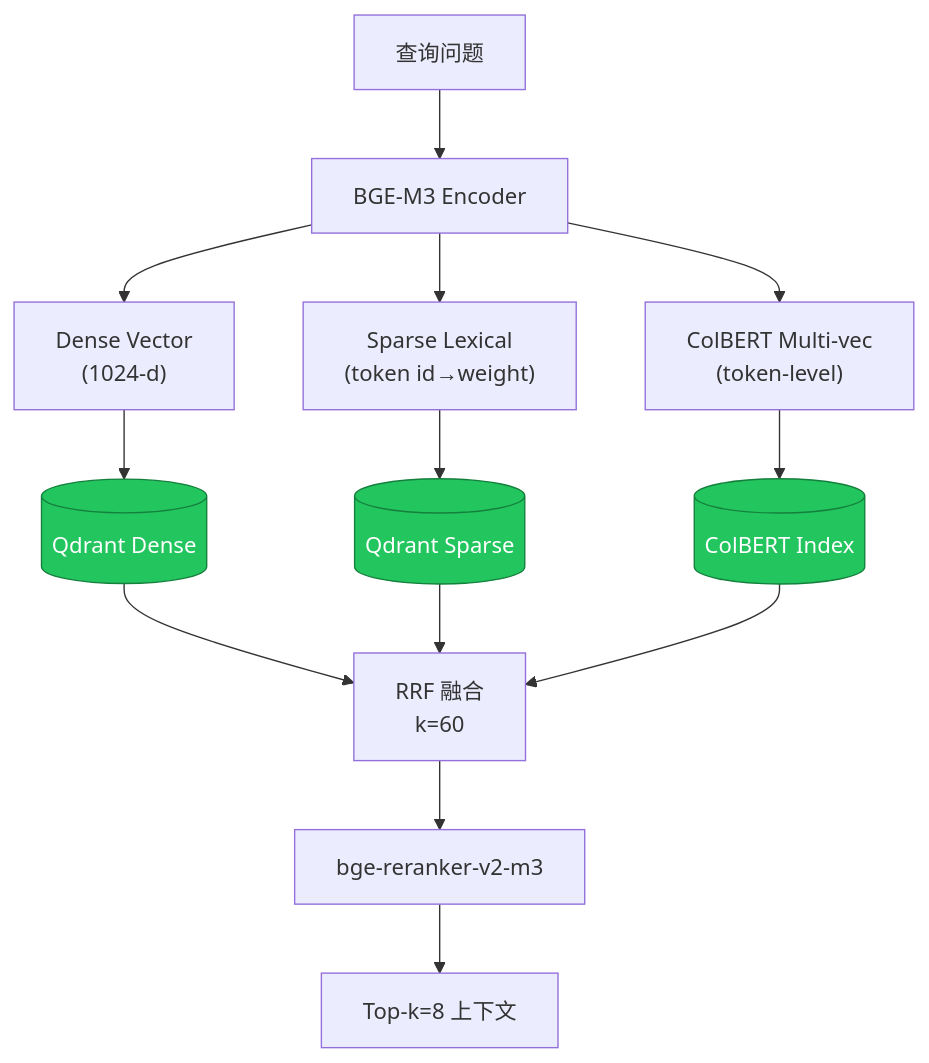
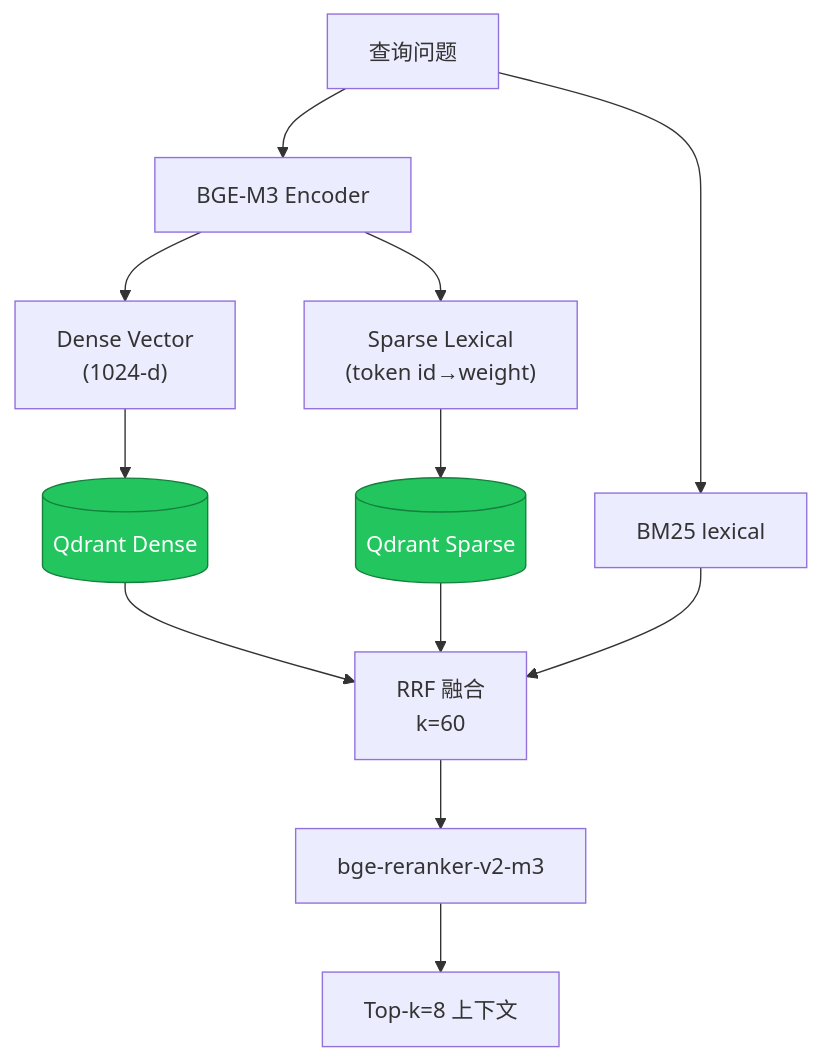
The first of 2 diagrams in zhiqian/docs/architecture/02-rag-retrieval.md (anothersunset/zhixianyunshu), drawn with Mermaid before and after one commit. The commit also changed 11 other files, not shown here.

````diff
--- a/zhiqian/docs/architecture/02-rag-retrieval.md
+++ b/zhiqian/docs/architecture/02-rag-retrieval.md
@@ -11,21 +11,20 @@
 ```mermaid
 flowchart TB
   Q["查询问题"] --> EMB["BGE-M3 Encoder"]
   EMB --> D["Dense Vector\n(1024-d)"]
   EMB --> S["Sparse Lexical\n(token id→weight)"]
-  EMB --> CB["ColBERT Multi-vec\n(token-level)"]
+  Q --> BM25["BM25 lexical"]
 
   D --> QD[("Qdrant Dense")]
   S --> SB[("Qdrant Sparse")]
-  CB --> CBI[("ColBERT Index")]
 
   QD --> RRF["RRF 融合\nk=60"]
   SB --> RRF
-  CBI --> RRF
+  BM25 --> RRF
 
   RRF --> RR["bge-reranker-v2-m3"]
   RR --> TOP["Top-k=8 上下文"]
 
   classDef store fill:#22c55e,stroke:#15803d,color:#fff
-  class QD,SB,CBI store
+  class QD,SB store
 ```
````
